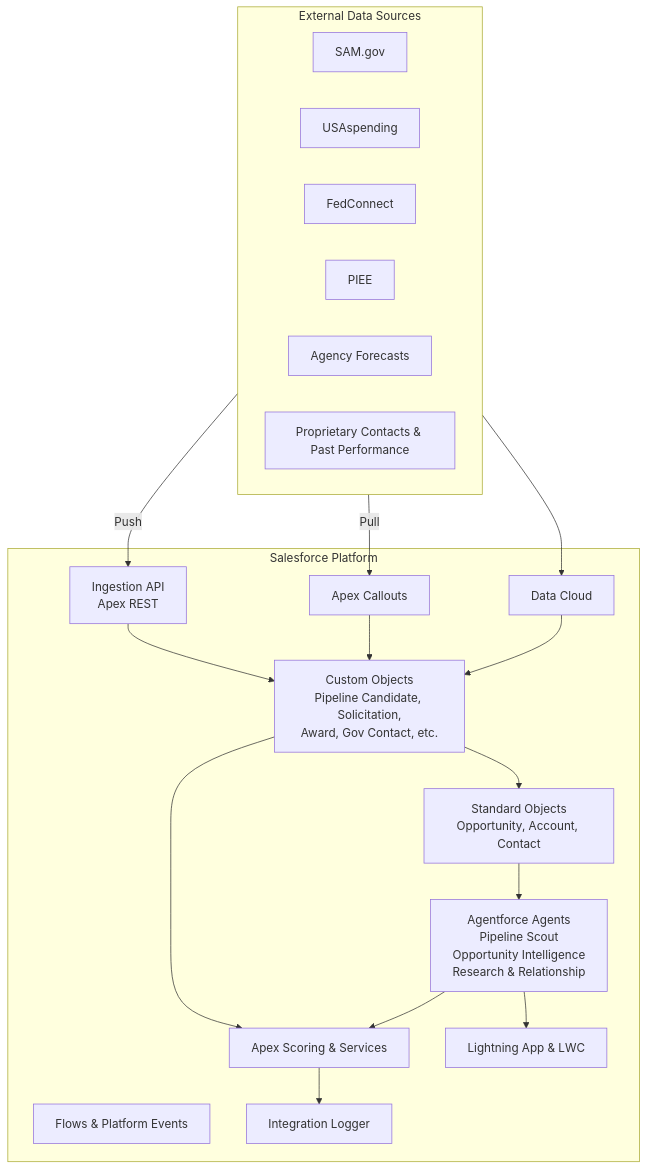
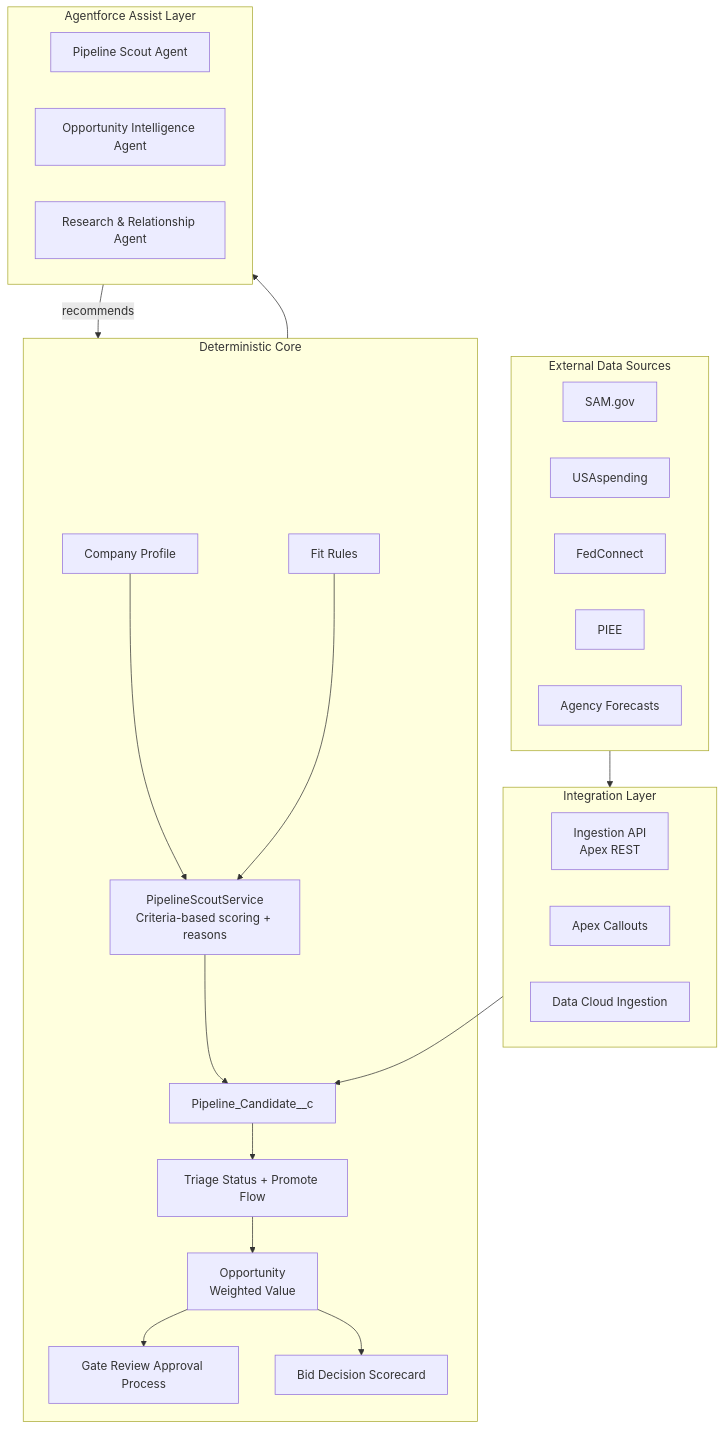
The diagram in docs/architecture.md (Hectorcaban-sudo/Nexsus-GovSearch), drawn with Mermaid before and after one commit. The commit also changed other lines of this file, not shown here.

Commit message:
Update architecture.md for deterministic core and Agentforce assist layer

````diff
--- a/docs/architecture.md
+++ b/docs/architecture.md
@@ -7,37 +12,45 @@
 ```mermaid
 flowchart TD
     subgraph External["External Data Sources"]
         SAM[SAM.gov]
         USA[USAspending]
         FC[FedConnect]
         PIEE[PIEE]
         Forecasts[Agency Forecasts]
-        Proprietary[Proprietary Contacts & Past Performance]
     end
 
-    subgraph Salesforce["Salesforce Platform"]
+    subgraph Integration["Integration Layer"]
         IngestionAPI[Ingestion API<br/>Apex REST]
         Callouts[Apex Callouts]
-        DataCloud[Data Cloud]
-        CustomObjects[Custom Objects<br/>Pipeline Candidate, Solicitation,<br/>Award, Gov Contact, etc.]
-        Standard[Standard Objects<br/>Opportunity, Account, Contact]
-        Flows[Flows & Platform Events]
-        Apex[Apex Scoring & Services]
-        Logger[Integration Logger]
-        Agents[Agentforce Agents<br/>Pipeline Scout<br/>Opportunity Intelligence<br/>Research & Relationship]
-        Lightning[Lightning App & LWC]
+        DataCloud[Data Cloud Ingestion]
     end
 
-    External -->|Push| IngestionAPI
-    External -->|Pull| Callouts
-    External --> DataCloud
-    IngestionAPI --> CustomObjects
-    Callouts --> CustomObjects
-    DataCloud --> CustomObjects
-    CustomObjects --> Standard
-    CustomObjects --> Apex
-    Apex --> Logger
-    Agents --> Apex
-    Agents --> Lightning
-    Standard --> Agents
+    subgraph Deterministic["Deterministic Core"]
+        Profile[Company Profile]
+        Rules[Fit Rules]
+        Scoring[PipelineScoutService<br/>Criteria-based scoring + reasons]
+        PC[Pipeline_Candidate__c]
+        Triage[Triage Status + Promote Flow]
+        Gates[Gate Review Approval Process]
+        Scorecard[Bid Decision Scorecard]
+        Opp[Opportunity<br/>Weighted Value]
+    end
+
+    subgraph Assist["Agentforce Assist Layer"]
+        Scout[Pipeline Scout Agent]
+        Intel[Opportunity Intelligence Agent]
+        Research[Research & Relationship Agent]
+    end
+
+    External --> Integration
+    Integration --> PC
+    Profile --> Scoring
+    Rules --> Scoring
+    Scoring --> PC
+    PC --> Triage
+    Triage --> Opp
+    Opp --> Gates
+    Opp --> Scorecard
+    Deterministic --> Assist
+    Assist -->|recommends| Deterministic
 ```
````
